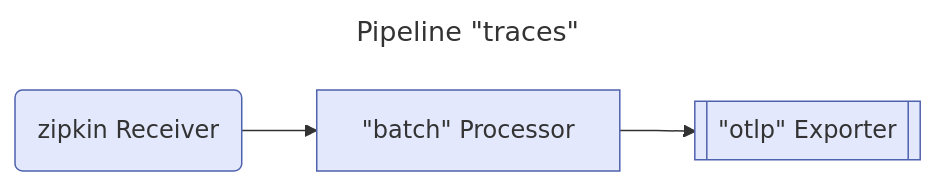
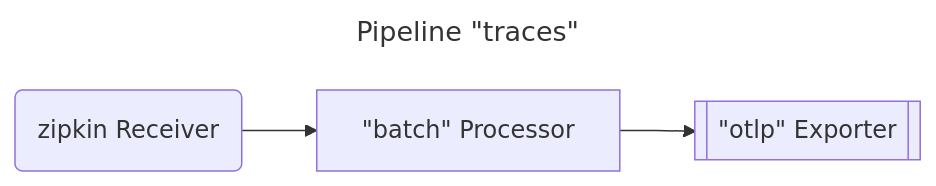
One commit to open-telemetry/opentelemetry.io changed the fourth of 7 diagrams in content/en/docs/collector/architecture.md. Above: the diagram before and after it, drawn with Mermaid. The commit also changed other lines of this file, not shown here.

Commit message:
Make collector mermaid diagrams darkmode compatible

````diff
--- a/content/en/docs/collector/architecture.md
+++ b/content/en/docs/collector/architecture.md
@@ -245,10 +238,8 @@
 ```mermaid
 ---
 title: Pipeline "traces"
 ---
 flowchart LR
-    R1("`zipkin Receiver`") --> P1["`#quot;batch#quot; Processor`"]
-    P1 --> E1[["`#quot;otlp#quot; Exporter`"]]
-
-    classDef default fill:#e3e8fc,stroke:#4f62ad;
+  R1("`zipkin Receiver`") --> P1["`#quot;batch#quot; Processor`"]
+  P1 --> E1[["`#quot;otlp#quot; Exporter`"]]
 ```
````
